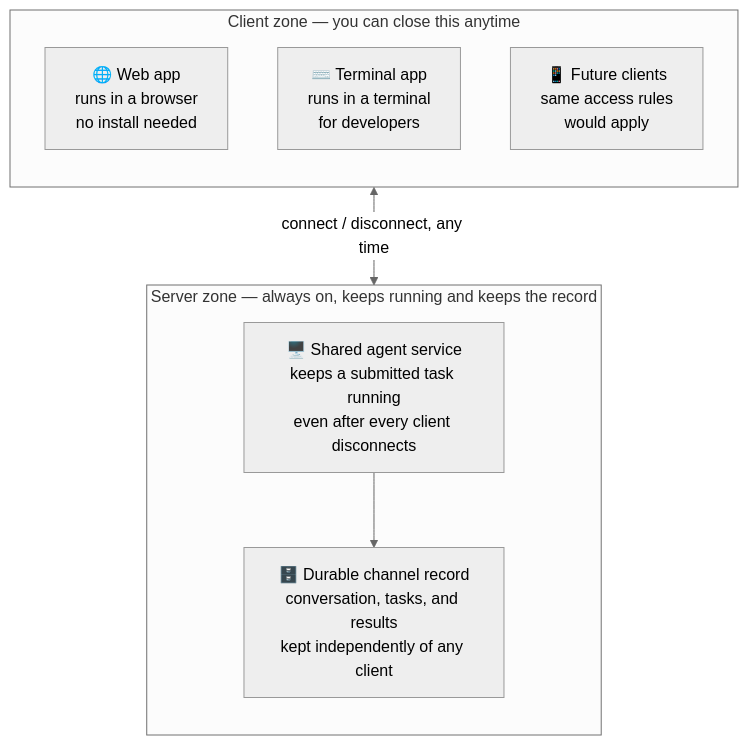
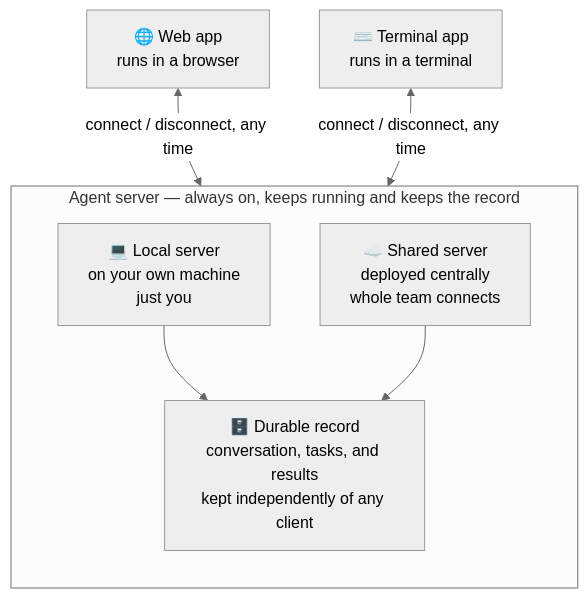
One commit to IAM-SuperBoy/tossakan-ai-releases changed the diagram in README.md. Above: the diagram before and after it, drawn with Mermaid (neutral theme). The commit also changed other lines of this file, not shown here.

Commit message:
Sync README from release-docs/

````diff
--- a/README.md
+++ b/README.md
@@ -179,18 +179,17 @@
 ```mermaid
 flowchart TB
-    subgraph CLIENT["Client zone — you can close this anytime"]
+    WEB["🌐 Web app<br/>runs in a browser"]
+    TERM["⌨️ Terminal app<br/>runs in a terminal"]
+
+    WEB <-->|"connect / disconnect, any time"| SVC
+    TERM <-->|"connect / disconnect, any time"| SVC
+
+    subgraph SVC["Agent server — always on, keeps running and keeps the record"]
         direction TB
-        WEB["🌐 Web app<br/>runs in a browser<br/>no install needed"]
-        TERM["⌨️ Terminal app<br/>runs in a terminal<br/>for developers"]
-        FUTURE["📱 Future clients<br/>same access rules<br/>would apply"]
-    end
-
-    CLIENT <-->|"connect / disconnect, any time"| SERVER
-
-    subgraph SERVER["Server zone — always on, keeps running and keeps the record"]
-        direction TB
-        SVC["🖥️ Shared agent service<br/>keeps a submitted task running<br/>even after every client disconnects"]
-        REC["🗄️ Durable channel record<br/>conversation, tasks, and results<br/>kept independently of any client"]
-        SVC --> REC
+        LOCAL["💻 Local server<br/>on your own machine<br/>just you"]
+        SHARED["☁️ Shared server<br/>deployed centrally<br/>whole team connects"]
+        REC["🗄️ Durable record<br/>conversation, tasks, and results<br/>kept independently of any client"]
+        LOCAL --> REC
+        SHARED --> REC
     end
 ```
````
